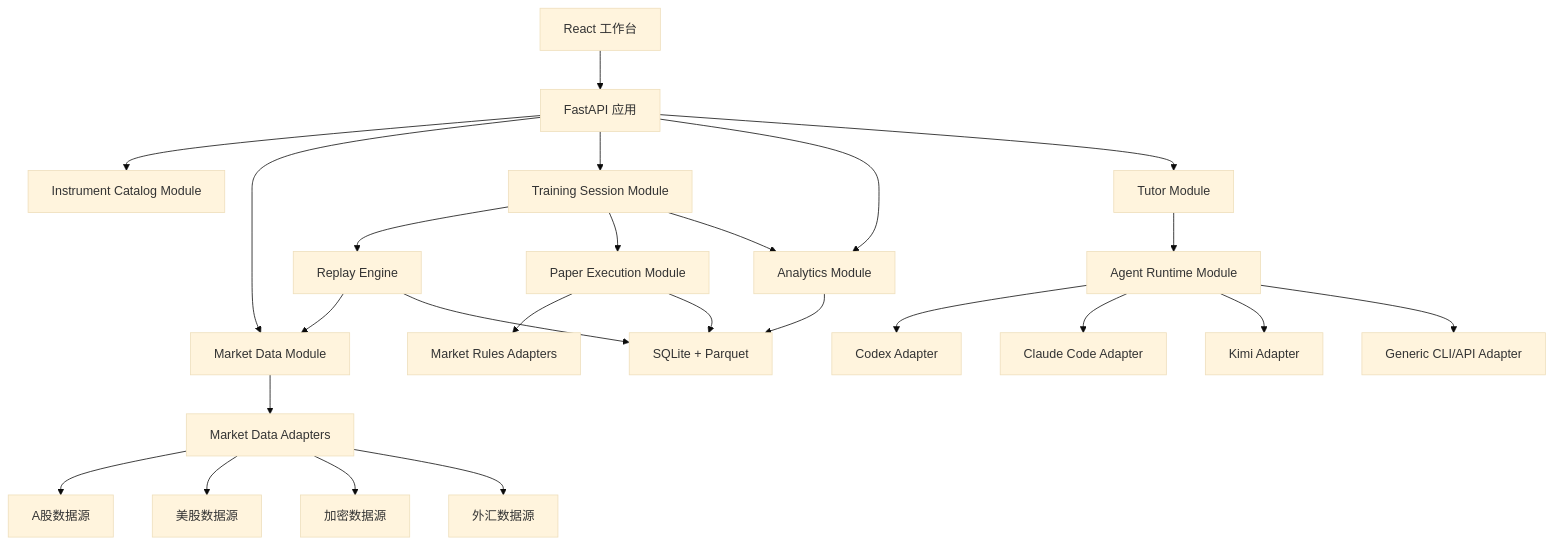
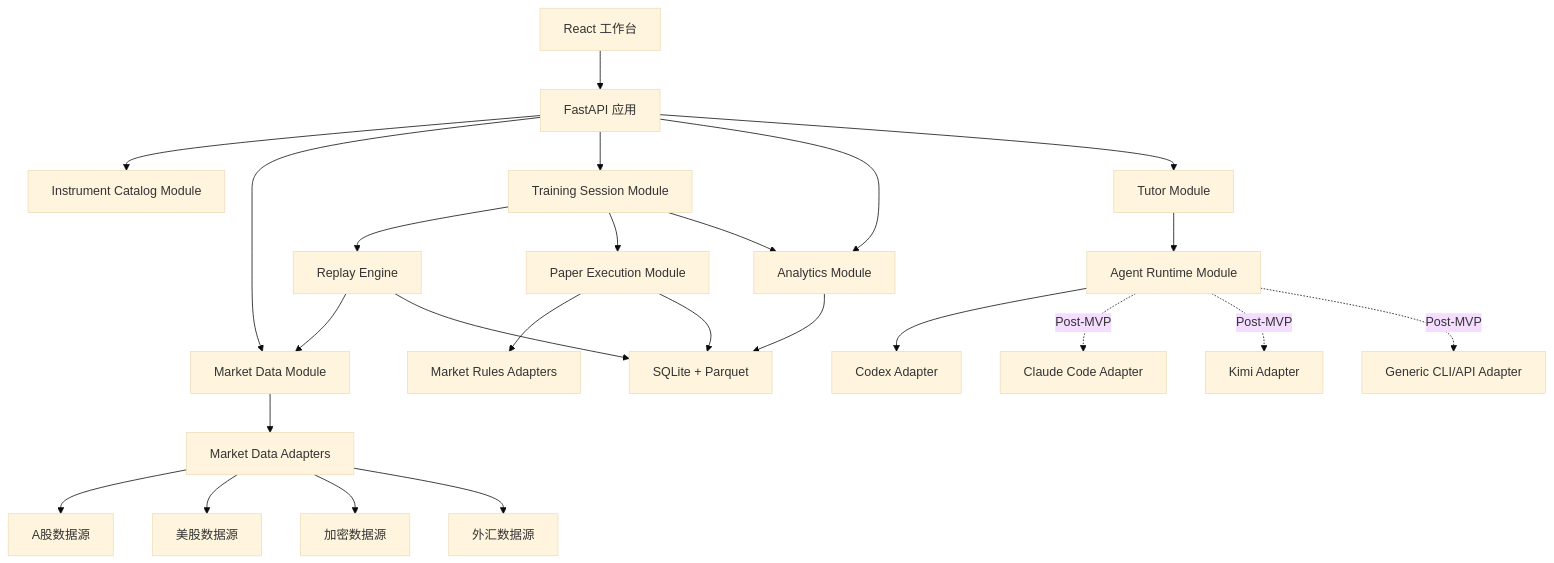
One commit to guangtouwangba/replaytutor changed the first of 2 diagrams in docs/SYSTEM_ARCHITECTURE.md. Above: the diagram before and after it, drawn with Mermaid (base theme). The commit also changed other lines of this file and 182 other files, not shown here.

````diff
--- a/docs/SYSTEM_ARCHITECTURE.md
+++ b/docs/SYSTEM_ARCHITECTURE.md
@@ -38,31 +48,31 @@
 ```mermaid
 flowchart TB
     UI["React 工作台"] --> APP["FastAPI 应用"]
 
     APP --> CAT["Instrument Catalog Module"]
     APP --> MD["Market Data Module"]
     APP --> TS["Training Session Module"]
     APP --> AN["Analytics Module"]
     APP --> TU["Tutor Module"]
 
     MD --> DA["Market Data Adapters"]
     DA --> CN["A股数据源"]
     DA --> US["美股数据源"]
     DA --> CR["加密数据源"]
     DA --> FX["外汇数据源"]
 
     TS --> RP["Replay Engine"]
     TS --> PF["Paper Execution Module"]
     TS --> AN
     RP --> MD
     PF --> RULES["Market Rules Adapters"]
     AN --> STORE["SQLite + Parquet"]
     RP --> STORE
     PF --> STORE
 
     TU --> AR["Agent Runtime Module"]
     AR --> CX["Codex Adapter"]
-    AR --> CL["Claude Code Adapter"]
-    AR --> KM["Kimi Adapter"]
-    AR --> GA["Generic CLI/API Adapter"]
+    AR -. Post-MVP .-> CL["Claude Code Adapter"]
+    AR -. Post-MVP .-> KM["Kimi Adapter"]
+    AR -. Post-MVP .-> GA["Generic CLI/API Adapter"]
 ```
````
